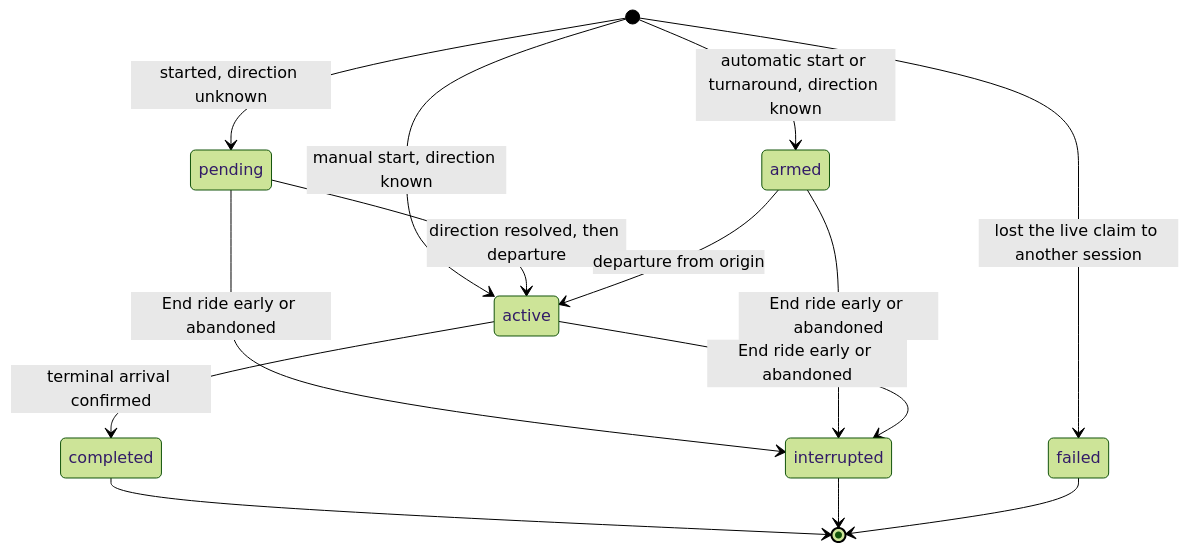
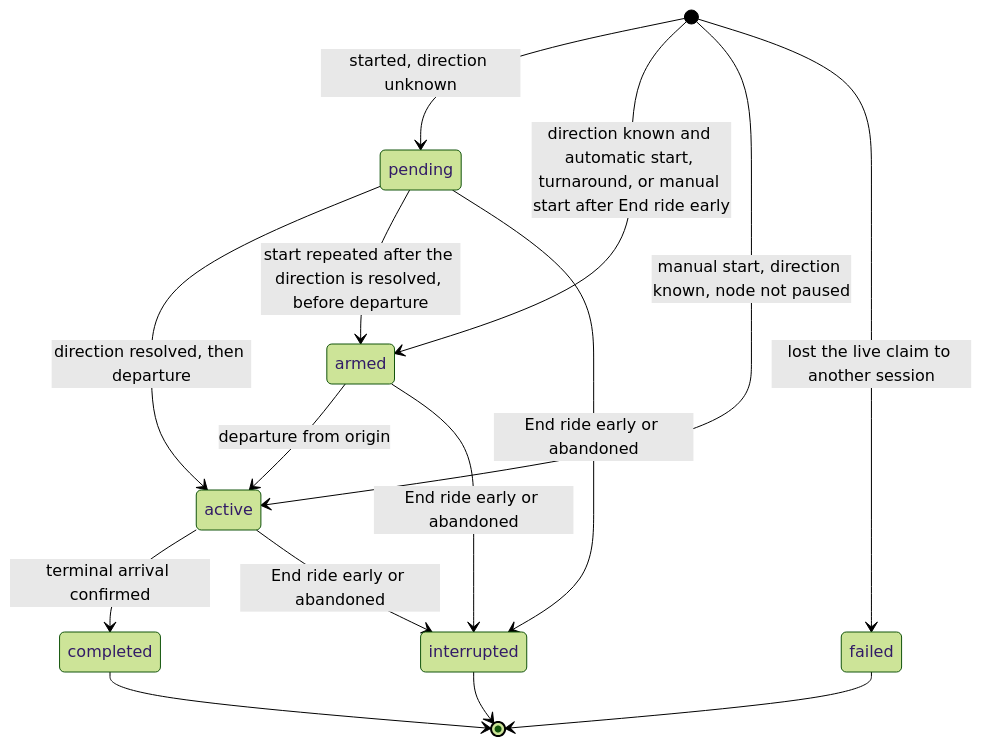
Before and after one commit to notnamansinha/Eki: the third of 4 diagrams in docs/design/TRACKING_ALGORITHMS.md, drawn with Mermaid (forest theme). The commit also changed other lines of this file and 69 other files, not shown here.

````diff
--- a/docs/design/TRACKING_ALGORITHMS.md
+++ b/docs/design/TRACKING_ALGORITHMS.md
@@ -276,16 +277,17 @@
 ```mermaid
 stateDiagram-v2
   [*] --> pending: started, direction unknown
-  [*] --> armed: automatic start or turnaround, direction known
-  [*] --> active: manual start, direction known
+  [*] --> armed: direction known and automatic start, turnaround, or manual start after End ride early
+  [*] --> active: manual start, direction known, node not paused
   pending --> active: direction resolved, then departure
+  pending --> armed: start repeated after the direction is resolved, before departure
   armed --> active: departure from origin
   active --> completed: terminal arrival confirmed
   pending --> interrupted: End ride early or abandoned
   armed --> interrupted: End ride early or abandoned
   active --> interrupted: End ride early or abandoned
   [*] --> failed: lost the live claim to another session
   completed --> [*]
   interrupted --> [*]
   failed --> [*]
 ```
````
